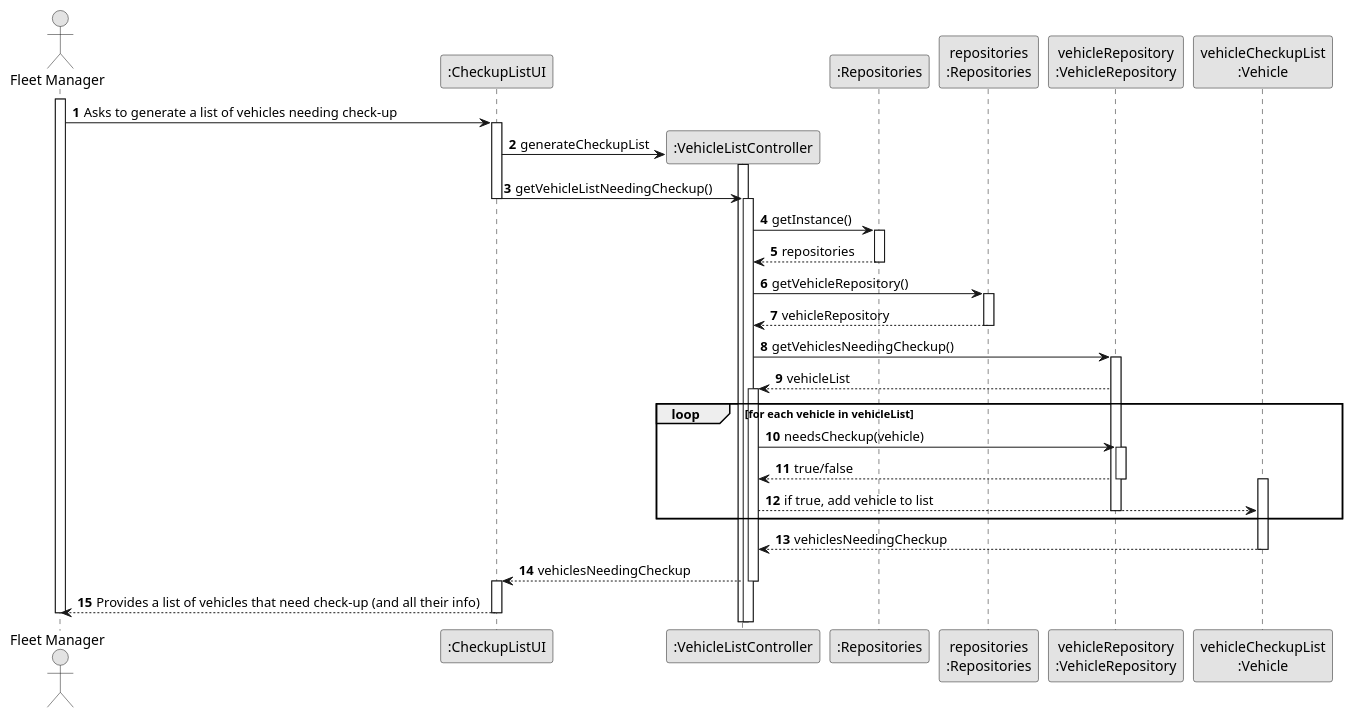
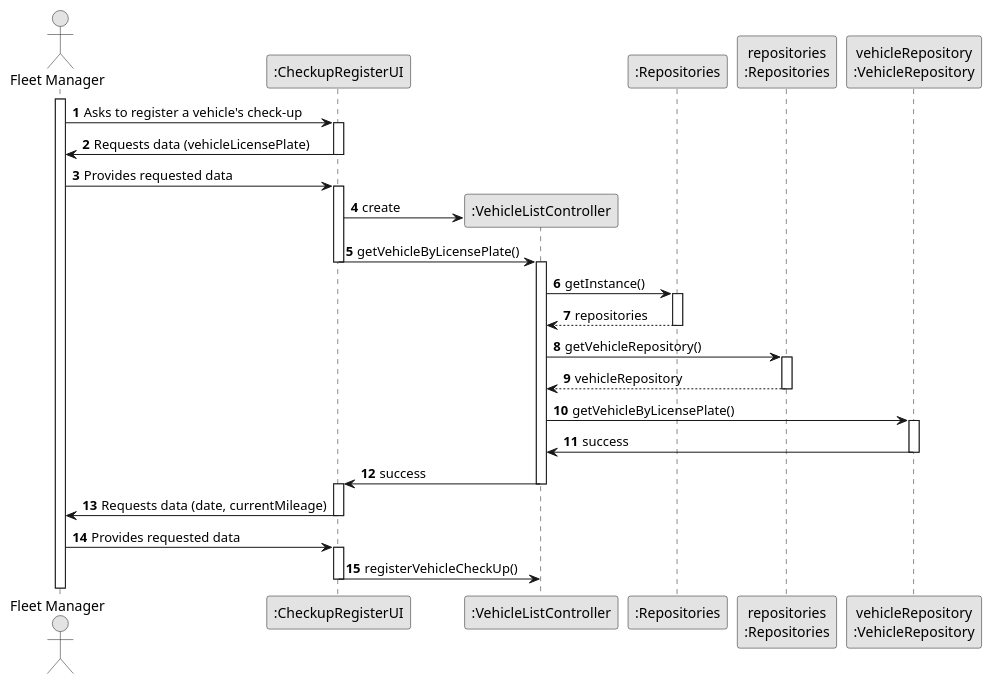
Before and after one commit to SAEmanuel/Green_Spaces_Management_ISEP: the diagram in docs/sprintB/us007/03.design/puml/us006-sequence-diagram-full.puml, drawn with PlantUML.

Commit message:
US07: Design update

```diff
--- a/docs/sprintB/us007/03.design/puml/us006-sequence-diagram-full.puml
+++ b/docs/sprintB/us007/03.design/puml/us006-sequence-diagram-full.puml
@@ -1,75 +1,79 @@
 @startuml
 skinparam monochrome true
 skinparam packageStyle rectangle
 skinparam shadowing false
 
 autonumber
 
 actor "Fleet Manager" as FM
 
-participant ":CheckupListUI" as UI
+participant ":CheckupRegisterUI" as UI
 participant ":VehicleListController" as CTRL
 participant ":Repositories" as RepositorySingleton
 participant "repositories\n:Repositories" as PLAT
 participant "vehicleRepository\n:VehicleRepository" as vehicleRepository
-participant "vehicleCheckupList\n:Vehicle" as VEHICLE
 
 activate FM
 
-FM -> UI : Asks to generate a list of vehicles needing check-up
+FM -> UI : Asks to register a vehicle's check-up
 activate UI
 
-UI -> CTRL** : generateCheckupList
+UI -> FM : Requests data (vehicleLicensePlate)
+deactivate UI
+
+FM -> UI : Provides requested data
+activate UI
+
+UI -> CTRL** : create
+
+UI -> CTRL : getVehicleByLicensePlate()
+
+deactivate UI
+
 activate CTRL
-
-UI -> CTRL : getVehicleListNeedingCheckup()
-deactivate UI
-activate CTRL
-
 CTRL -> RepositorySingleton : getInstance()
 activate RepositorySingleton
 
 RepositorySingleton --> CTRL: repositories
 deactivate RepositorySingleton
 
 CTRL -> PLAT : getVehicleRepository()
 activate PLAT
 
 PLAT --> CTRL: vehicleRepository
 deactivate PLAT
 
-CTRL -> vehicleRepository : getVehiclesNeedingCheckup()
-activate vehicleRepository
-
-vehicleRepository --> CTRL : vehicleList
-
-
-activate CTRL
-
-loop for each vehicle in vehicleList
-    CTRL -> vehicleRepository : needsCheckup(vehicle)
-    activate vehicleRepository
-    vehicleRepository --> CTRL : true/false
-    deactivate vehicleRepository
-    activate VEHICLE
-    CTRL --> VEHICLE : if true, add vehicle to list
-deactivate vehicleRepository
-end
-
+CTRL -> vehicleRepository : getVehicleByLicensePlate()
 
 activate vehicleRepository
 
-VEHICLE --> CTRL : vehiclesNeedingCheckup
+vehicleRepository -> CTRL : success
+deactivate vehicleRepository
 
-deactivate VEHICLE
 
-CTRL --> UI : vehiclesNeedingCheckup
+CTRL -> UI : success
 deactivate CTRL
+
 activate UI
-UI --> FM : Provides a list of vehicles that need check-up (and all their info)
+
+UI -> FM : Requests data (date, currentMileage)
 deactivate UI
-deactivate FM
 
-deactivate FM
+FM -> UI : Provides requested data
+activate UI
+
+UI -> CTRL : registerVehicleCheckUp()
+deactivate UI
+
+
+
+
+
+
+
+
+
+
+
 
 @enduml
```
